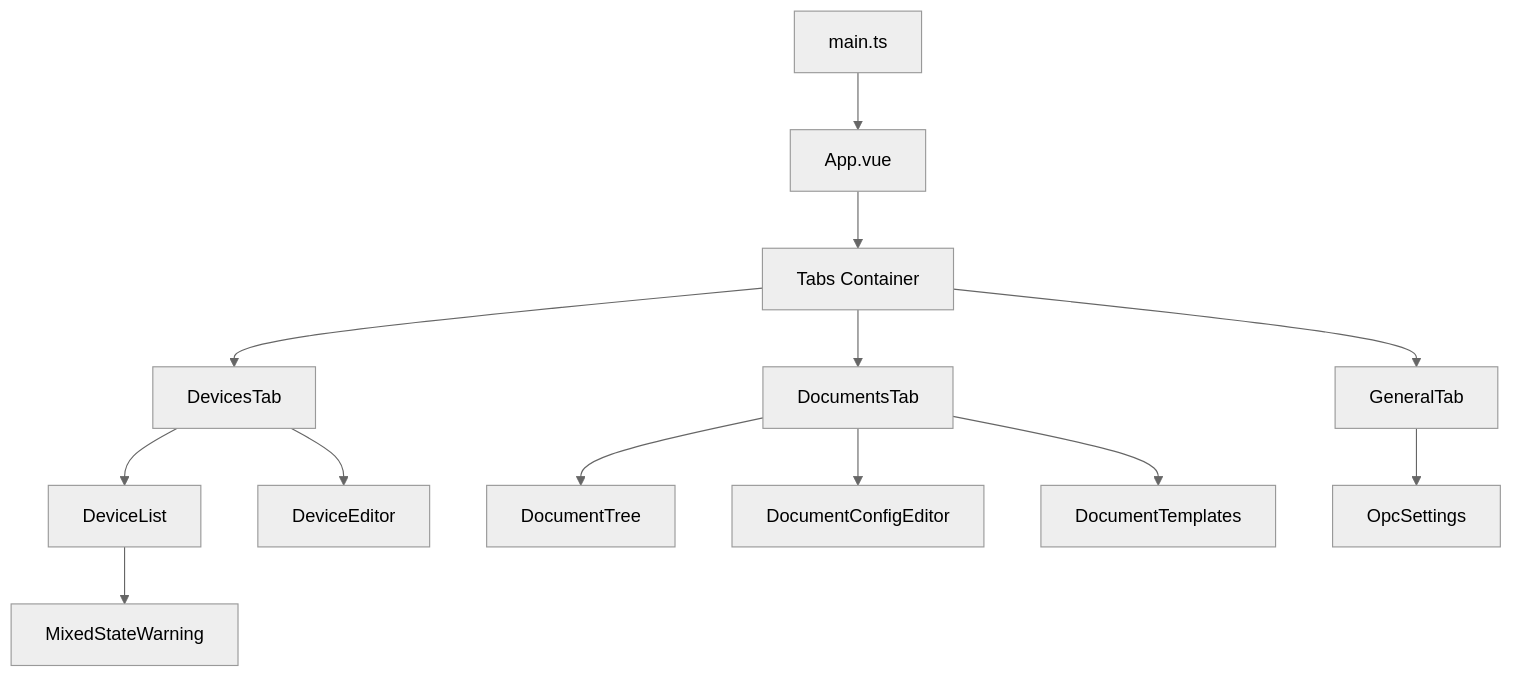
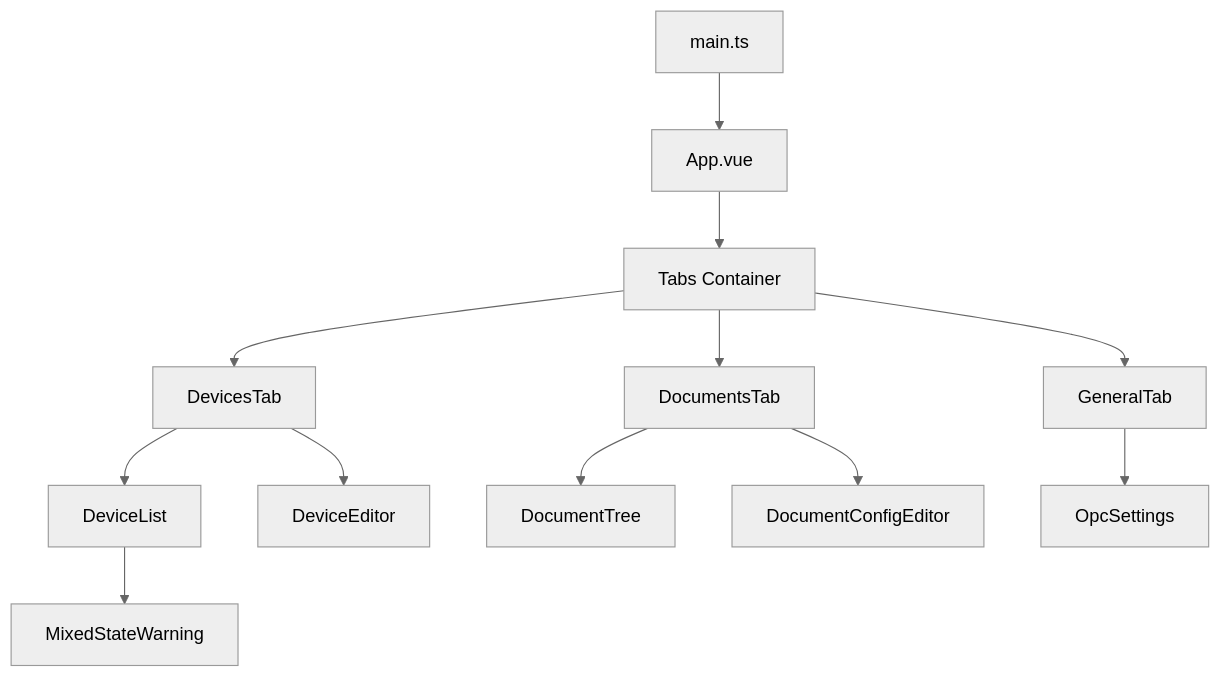
The second of 11 diagrams in docs/architecture/configurator.md (tn-ivk/tn-doc), drawn with Mermaid (neutral theme) before and after one commit. The commit also changed other lines of this file and 12 other files, not shown here.

````diff
--- a/docs/architecture/configurator.md
+++ b/docs/architecture/configurator.md
@@ -82,19 +89,18 @@
 ```mermaid
 graph TD
     Main[main.ts] --> App[App.vue]
     App --> Tabs[Tabs Container]
 
     Tabs --> GeneralTab[GeneralTab]
     Tabs --> DevicesTab[DevicesTab]
     Tabs --> DocumentsTab[DocumentsTab]
 
     DevicesTab --> DeviceList[DeviceList]
     DevicesTab --> DeviceEditor[DeviceEditor]
     DeviceList --> MixedStateWarning[MixedStateWarning]
 
     DocumentsTab --> DocumentTree[DocumentTree]
     DocumentsTab --> DocumentConfigEditor[DocumentConfigEditor]
-    DocumentsTab --> DocumentTemplates[DocumentTemplates]
 
     GeneralTab --> OpcSettings[OpcSettings]
 ```
````
